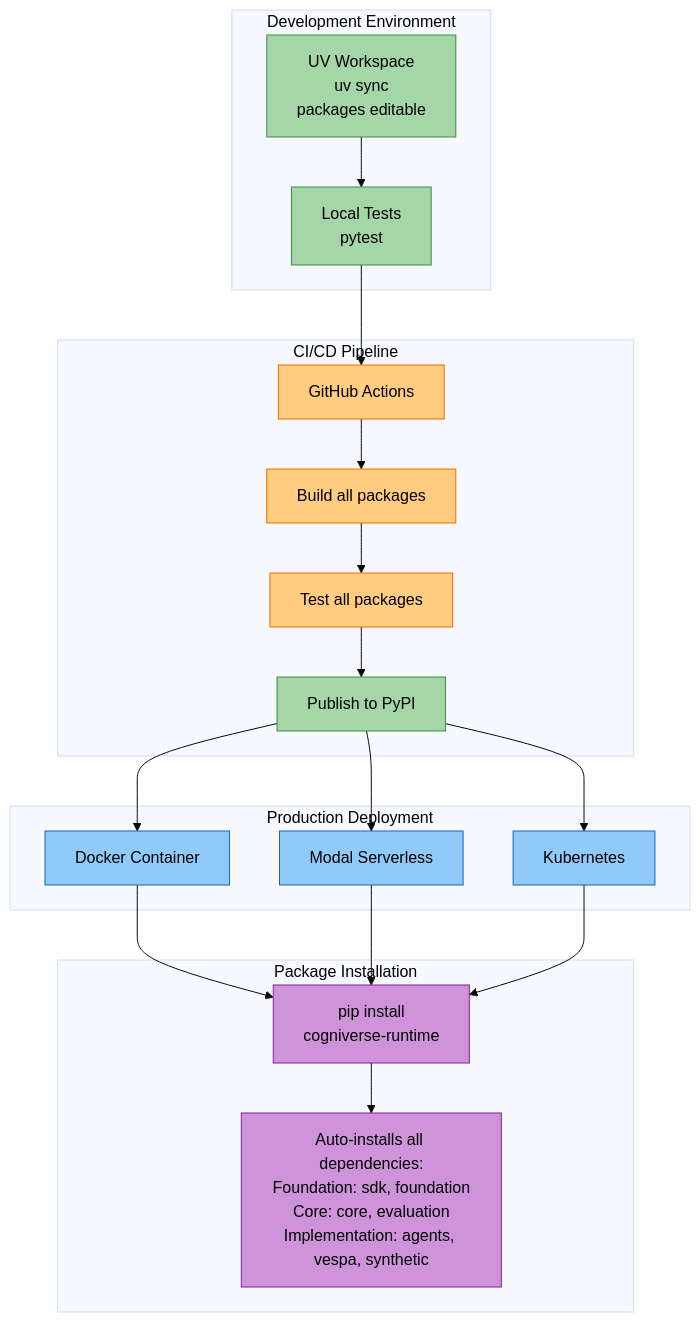
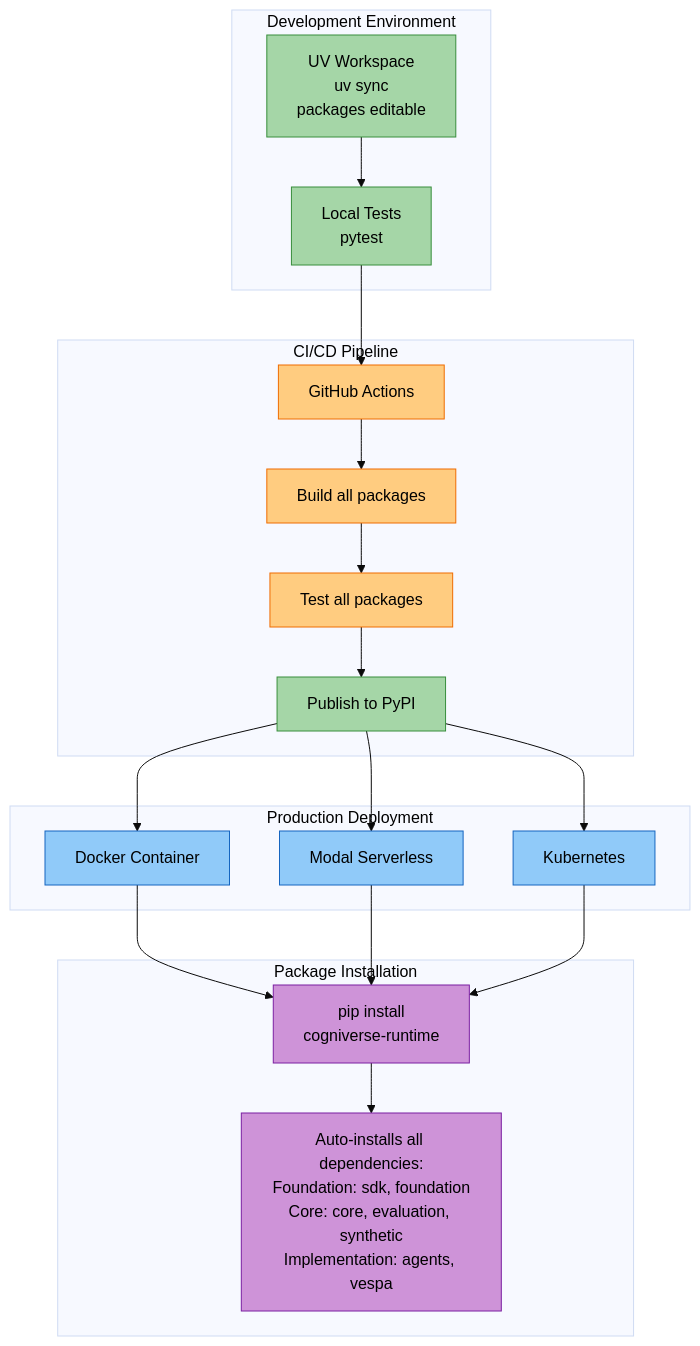
Before and after one commit to amit-jain/cogniverse: diagram 20 of 20 in docs/diagrams/sdk-architecture-diagrams.md, drawn with Mermaid (base theme). The commit also changed other lines of this file and 19 other files, not shown here.

````diff
--- a/docs/diagrams/sdk-architecture-diagrams.md
+++ b/docs/diagrams/sdk-architecture-diagrams.md
@@ -1122,52 +1151,52 @@
 ```mermaid
 flowchart TB
     subgraph DevEnv["<span style='color:#000'>Development Environment</span>"]
         DevWorkspace["<span style='color:#000'>UV Workspace<br/>uv sync<br/>packages editable</span>"]
         DevTests["<span style='color:#000'>Local Tests<br/>pytest</span>"]
     end
 
     subgraph CICD["<span style='color:#000'>CI/CD Pipeline</span>"]
         GitHub["<span style='color:#000'>GitHub Actions</span>"]
         BuildAll["<span style='color:#000'>Build all packages</span>"]
         TestAll["<span style='color:#000'>Test all packages</span>"]
         PublishPyPI["<span style='color:#000'>Publish to PyPI</span>"]
     end
 
     subgraph ProdDeploy["<span style='color:#000'>Production Deployment</span>"]
         Docker["<span style='color:#000'>Docker Container</span>"]
         Modal["<span style='color:#000'>Modal Serverless</span>"]
         Kubernetes["<span style='color:#000'>Kubernetes</span>"]
     end
 
     subgraph PkgInstall["<span style='color:#000'>Package Installation</span>"]
         ProdInstall["<span style='color:#000'>pip install<br/>cogniverse-runtime</span>"]
-        AllDeps["<span style='color:#000'>Auto-installs all dependencies:<br/>Foundation: sdk, foundation<br/>Core: core, evaluation<br/>Implementation: agents, vespa, synthetic</span>"]
+        AllDeps["<span style='color:#000'>Auto-installs all dependencies:<br/>Foundation: sdk, foundation<br/>Core: core, evaluation, synthetic<br/>Implementation: agents, vespa</span>"]
     end
 
     DevWorkspace --> DevTests
     DevTests --> GitHub
     GitHub --> BuildAll
     BuildAll --> TestAll
     TestAll --> PublishPyPI
 
     PublishPyPI --> Docker
     PublishPyPI --> Modal
     PublishPyPI --> Kubernetes
 
     Docker --> ProdInstall
     Modal --> ProdInstall
     Kubernetes --> ProdInstall
     ProdInstall --> AllDeps
 
     style DevWorkspace fill:#a5d6a7,stroke:#388e3c,color:#000
     style DevTests fill:#a5d6a7,stroke:#388e3c,color:#000
     style GitHub fill:#ffcc80,stroke:#ef6c00,color:#000
     style BuildAll fill:#ffcc80,stroke:#ef6c00,color:#000
     style TestAll fill:#ffcc80,stroke:#ef6c00,color:#000
     style PublishPyPI fill:#a5d6a7,stroke:#388e3c,color:#000
     style Docker fill:#90caf9,stroke:#1565c0,color:#000
     style Modal fill:#90caf9,stroke:#1565c0,color:#000
     style Kubernetes fill:#90caf9,stroke:#1565c0,color:#000
     style ProdInstall fill:#ce93d8,stroke:#7b1fa2,color:#000
     style AllDeps fill:#ce93d8,stroke:#7b1fa2,color:#000
 ```
````
